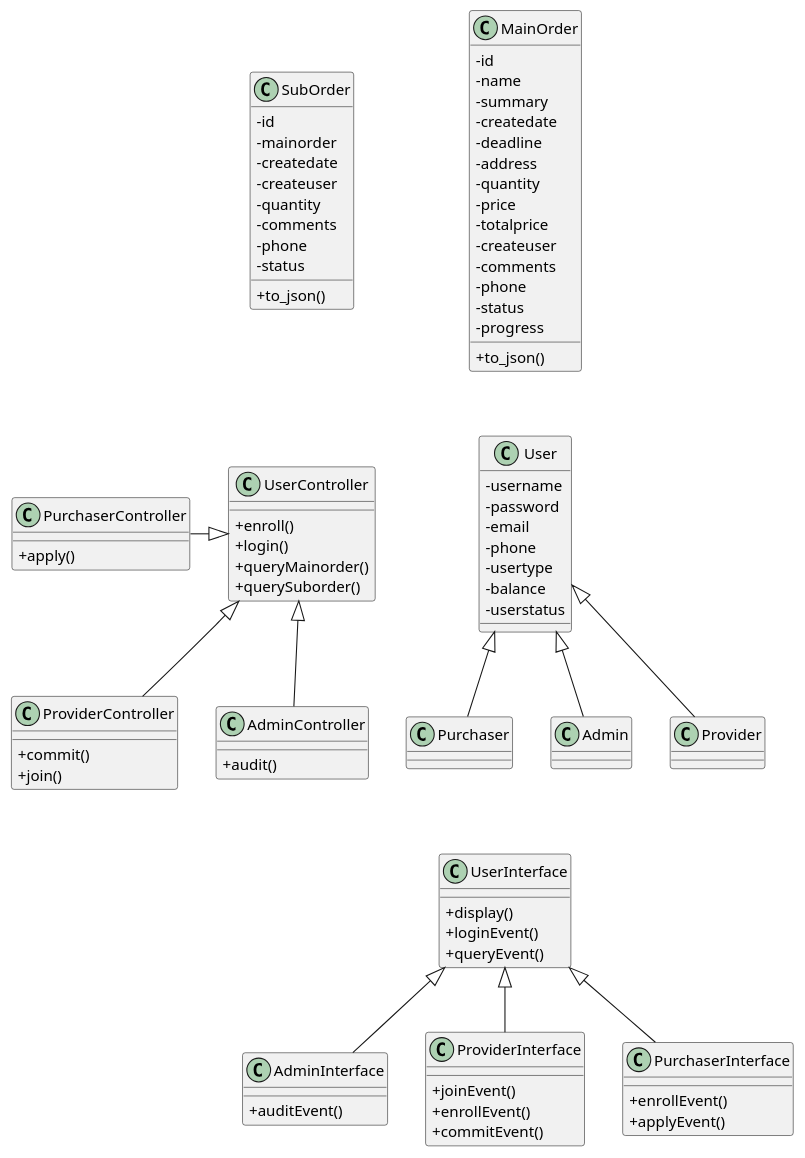
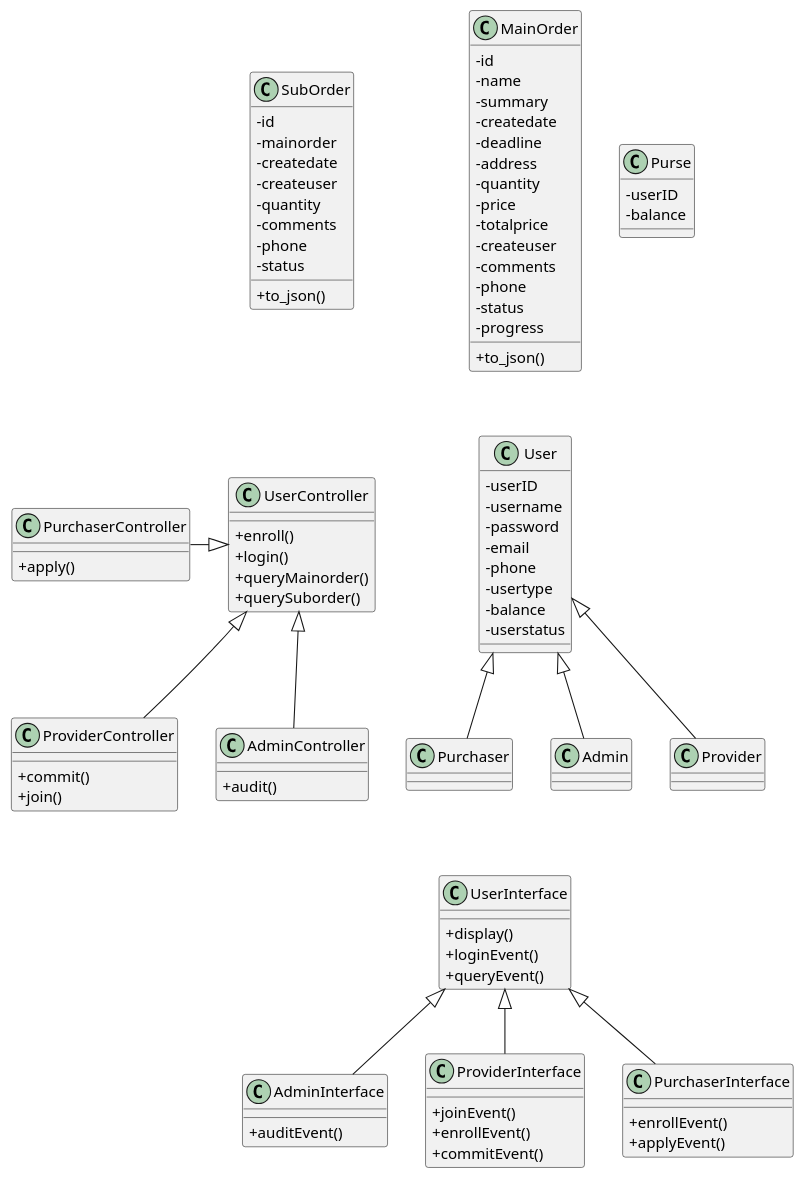
The diagram in report/misc/figure_src/class_system.puml (wwyf/Waterfall), drawn with PlantUML before and after one commit. The commit also changed 16 other files, not shown here.

```diff
--- a/report/misc/figure_src/class_system.puml
+++ b/report/misc/figure_src/class_system.puml
@@ -1,134 +1,141 @@
 @startuml
 ' default
 ' top to down direction
 ' 禁用图形特性
 
 ' scale 5000*1000
 
 skinparam classAttributeIconSize 0
 
 class MainOrder{
 	-id
 	-name
 	-summary
 	-createdate
 	-deadline
 	-address
 	-quantity
 	-price
 	-totalprice
 	-createuser
 	-comments
 	-phone
 	-status
 	-progress
 	+to_json()
 }
 
 class SubOrder{
 	-id
 	-mainorder
 	-createdate
 	-createuser
 	-quantity
 	-comments
 	-phone
 	-status
 	+to_json()
 }
 
 
 
 class User{
+	-userID
 	-username
 	-password
 	-email
 	-phone
 	-usertype
 	-balance
 	-userstatus
 }
 
 class UserController{
 	+enroll()
 	+login()
 	+queryMainorder()
 	+querySuborder()
 'TODO
 '不知道要不要钱包功能
 }
 
 class AdminController{
 '审核功能'
 	+audit()
 }
 
 class ProviderController{
 	+commit()
 	+join()
 }
 
 class PurchaserController{
 	+apply()
 }
 
 
 
 class UserInterface{
 	+display()
 	+loginEvent()
 	+queryEvent()
 }
 
 class AdminInterface{
 	+auditEvent()
 
 }
 
 class ProviderInterface{
 	+joinEvent()
 	+enrollEvent()
 	+commitEvent()
 }
 
 class PurchaserInterface{
 	+enrollEvent()
 	+applyEvent()
 }
 
+class Purse{
+	-userID
+	-balance
+}
+
+
 together {
 	class User
 	class MainOrder
 	class SubOrder
 }
 
 together {
 	class UserController
 	class AdminController
 	class ProviderController
 	class PurchaserController
 }
 
 UserInterface <|-- AdminInterface
 UserInterface <|-- ProviderInterface
 UserInterface <|-- PurchaserInterface
 
 UserController <|-- AdminController
 UserController <|-- ProviderController
 UserController <|-left- PurchaserController
 
 User <|-- Admin
 User <|-- Purchaser
 User <|-- Provider
 
 
 MainOrder -[hidden]down- User
 MainOrder -[hidden]down- UserController
 MainOrder -[hidden]down- UserInterface
 SubOrder -[hidden]down- User
 SubOrder -[hidden]down- UserController
 SubOrder -[hidden]down- UserInterface
 Provider -[hidden]down- UserInterface
 AdminController -[hidden]down- UserInterface
 
 @enduml
```
